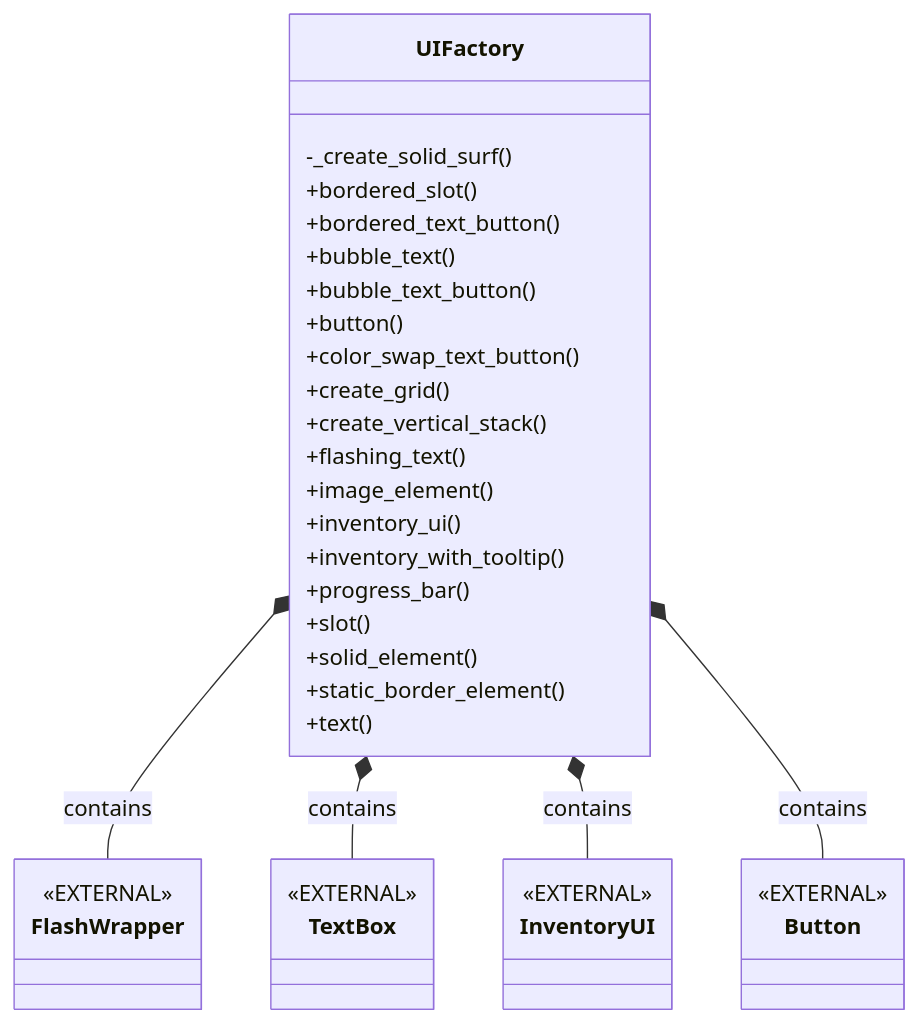
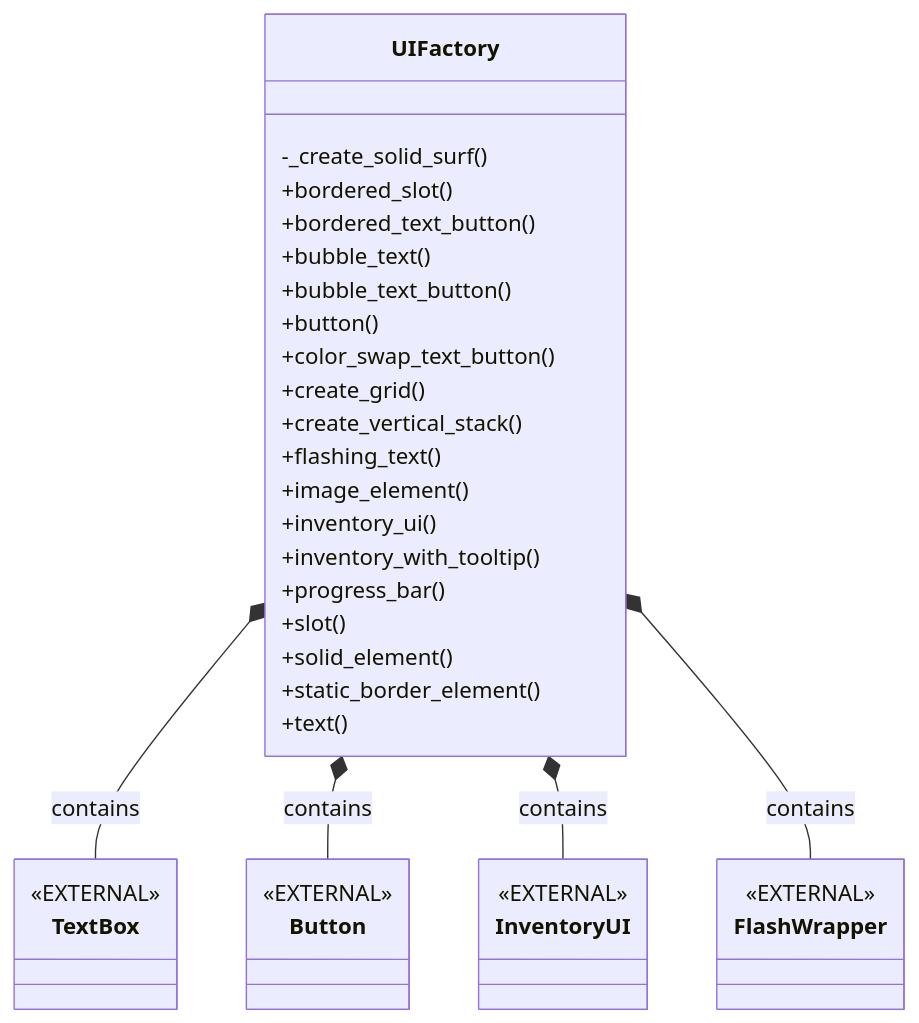
Before and after one commit to FlamboyantKiwi/Python-Plant-Sim: the diagram in uml/ui_factory_uml.md, drawn with Mermaid. The commit also changed other lines of this file and 11 other files, not shown here.

First line of the commit message:
Make UML generation robust; update UML docs

````diff
--- a/uml/ui_factory_uml.md
+++ b/uml/ui_factory_uml.md
@@ -1,39 +1,39 @@
 ```mermaid
 classDiagram
+    UIFactory *-- TextBox : contains
+    UIFactory *-- Button : contains
+    UIFactory *-- InventoryUI : contains
     UIFactory *-- FlashWrapper : contains
-    UIFactory *-- TextBox : contains
-    UIFactory *-- InventoryUI : contains
-    UIFactory *-- Button : contains
     class Button {
         <<EXTERNAL>>
     }
     class FlashWrapper {
         <<EXTERNAL>>
     }
     class InventoryUI {
         <<EXTERNAL>>
     }
     class TextBox {
         <<EXTERNAL>>
     }
     class UIFactory {
         -_create_solid_surf()
         +bordered_slot()
         +bordered_text_button()
         +bubble_text()
         +bubble_text_button()
         +button()
         +color_swap_text_button()
         +create_grid()
         +create_vertical_stack()
         +flashing_text()
         +image_element()
         +inventory_ui()
         +inventory_with_tooltip()
         +progress_bar()
         +slot()
         +solid_element()
         +static_border_element()
         +text()
     }
 ```
````
